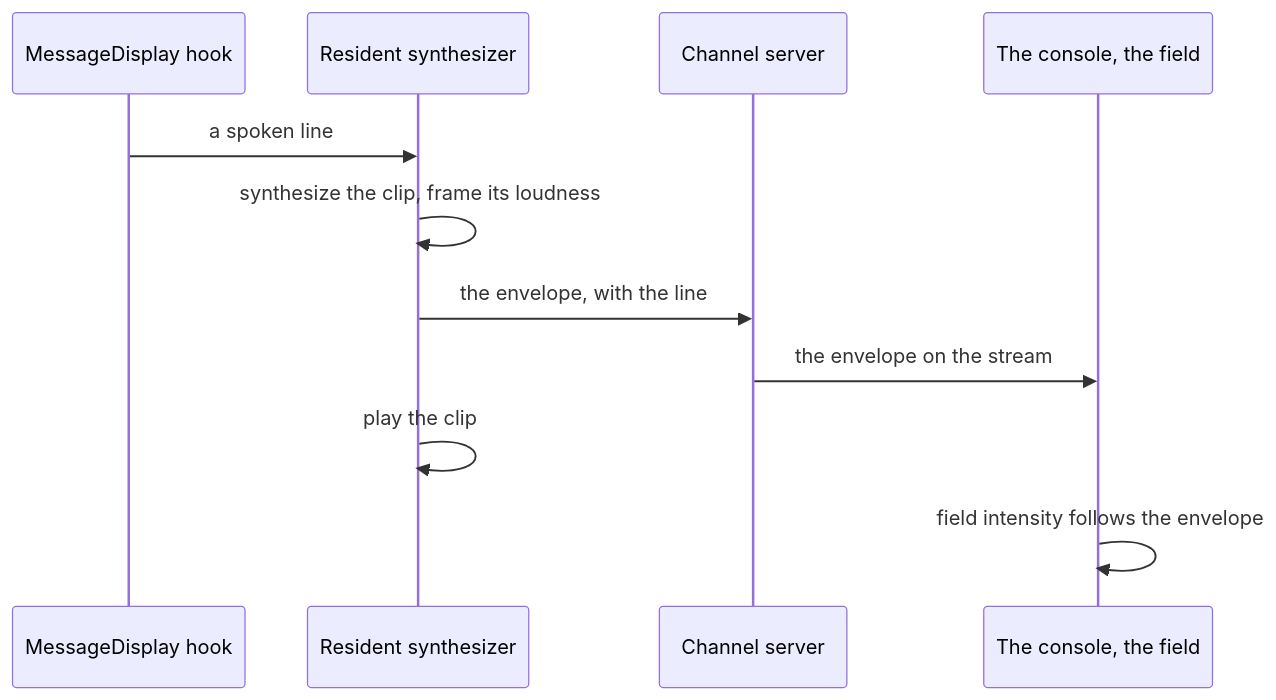
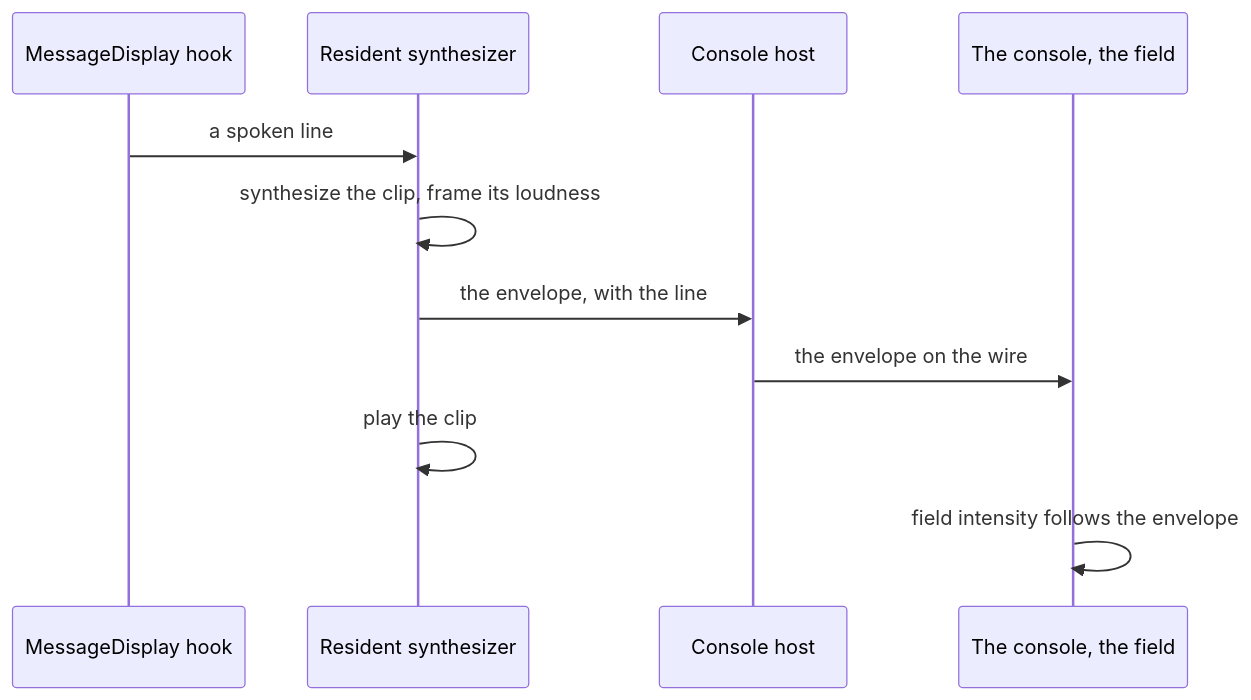
One commit to Esposter/Esposter changed the diagram in apps/web/content/docs/proposals/infra/agent-console/element-ambience.md. Above: the diagram before and after it, drawn with Mermaid. The commit also changed other lines of this file and 13 other files, not shown here.

First line of the commit message:
docs(infra): the agent console grows into a host, drivers and themes, with a playable codebase city

````diff
--- a/apps/web/content/docs/proposals/infra/agent-console/element-ambience.md
+++ b/apps/web/content/docs/proposals/infra/agent-console/element-ambience.md
@@ -23,14 +23,14 @@
 ```mermaid
 sequenceDiagram
     participant Display as MessageDisplay hook
     participant Server as Resident synthesizer
-    participant Channel as Channel server
+    participant Host as Console host
     participant Page as The console, the field
 
     Display->>Server: a spoken line
     Server->>Server: synthesize the clip, frame its loudness
-    Server->>Channel: the envelope, with the line
-    Channel->>Page: the envelope on the stream
+    Server->>Host: the envelope, with the line
+    Host->>Page: the envelope on the wire
     Server->>Server: play the clip
     Page->>Page: field intensity follows the envelope
 ```
````
